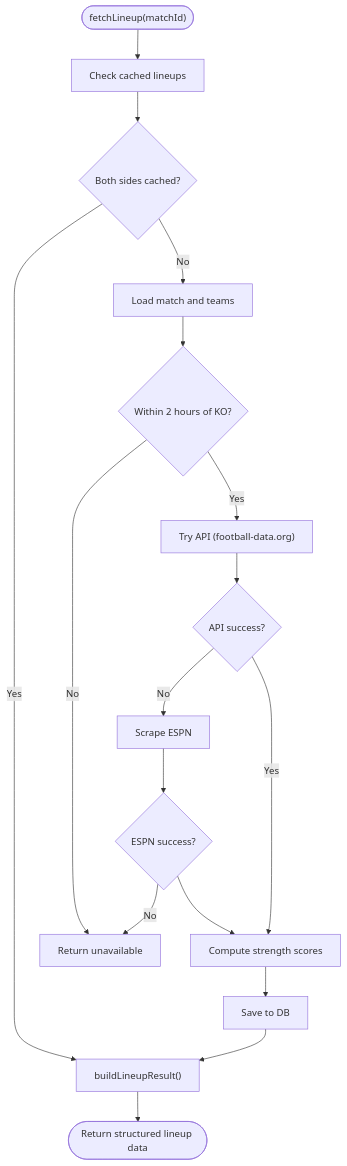
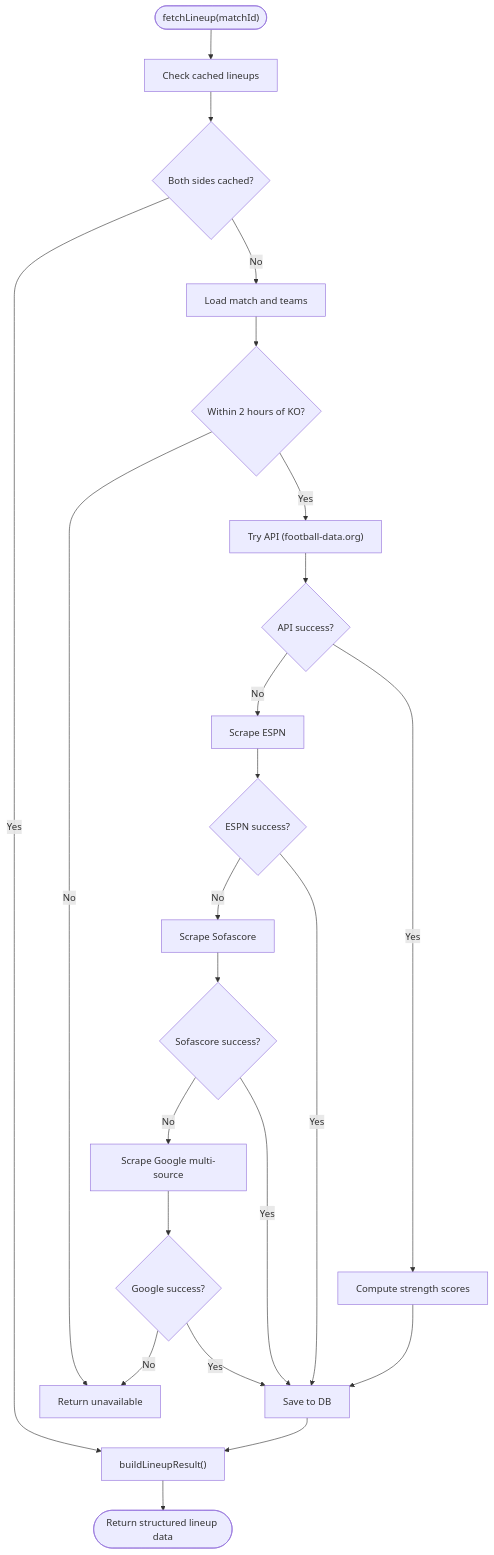
Before and after one commit to cheesiong/WC26-qwen: the fourth of 8 diagrams in .qoder/repowiki/en/content/AI Agent System/Specialized Agents/Lineup Agent.md, drawn with Mermaid. The commit also changed other lines of this file and 22 other files, not shown here.

````diff
--- a/.qoder/repowiki/en/content/AI Agent System/Specialized Agents/Lineup Agent.md
+++ b/.qoder/repowiki/en/content/AI Agent System/Specialized Agents/Lineup Agent.md
@@ -179,19 +192,25 @@
 ```mermaid
 flowchart TD
 Start(["fetchLineup(matchId)"]) --> CheckCache["Check cached lineups"]
 CheckCache --> HasCache{"Both sides cached?"}
 HasCache --> |Yes| BuildResult["buildLineupResult()"]
 HasCache --> |No| LoadMatch["Load match and teams"]
 LoadMatch --> TimeCheck{"Within 2 hours of KO?"}
 TimeCheck --> |No| ReturnUnavailable["Return unavailable"]
 TimeCheck --> |Yes| TryAPI["Try API (football-data.org)"]
 TryAPI --> APISuccess{"API success?"}
 APISuccess --> |No| TryESPN["Scrape ESPN"]
 APISuccess --> |Yes| ComputeScores["Compute strength scores"]
 TryESPN --> ESPNSuccess{"ESPN success?"}
-ESPNSuccess --> |No| ReturnUnavailable
-ESPNSuccess --> ComputeScores
-ComputeScores --> SaveDB["Save to DB"]
+ESPNSuccess --> |No| TrySofascore["Scrape Sofascore"]
+ESPNSuccess --> |Yes| SaveDB["Save to DB"]
+TrySofascore --> SofaSuccess{"Sofascore success?"}
+SofaSuccess --> |No| TryGoogle["Scrape Google multi-source"]
+SofaSuccess --> |Yes| SaveDB
+TryGoogle --> GoogleSuccess{"Google success?"}
+GoogleSuccess --> |No| ReturnUnavailable
+GoogleSuccess --> |Yes| SaveDB
+ComputeScores --> SaveDB
 SaveDB --> BuildResult
 BuildResult --> End(["Return structured lineup data"])
 ```
````
